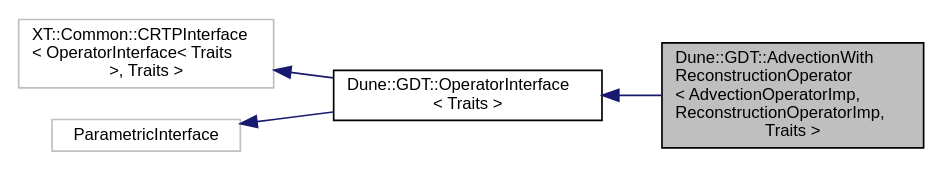
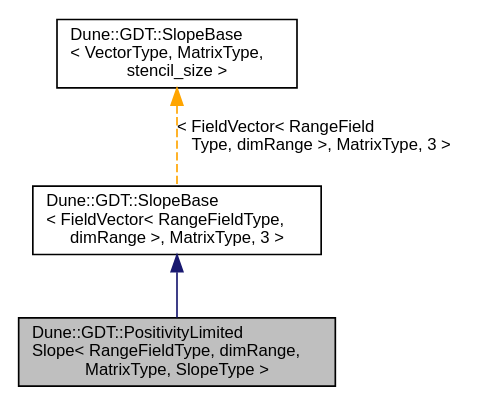
The diagram in docs/dune-gdt/''/a02084.dot (dune-community/dune-community.github.io), drawn with Graphviz before and after one commit. The commit also changed 2591 other files, not shown here.

Commit message:
Updated documentation for dune-gdt ''

```diff
--- a/docs/dune-gdt/''/a02084.dot
+++ b/docs/dune-gdt/''/a02084.dot
@@ -1,13 +1,10 @@
-digraph "Dune::GDT::AdvectionWithReconstructionOperator&lt; AdvectionOperatorImp, ReconstructionOperatorImp, Traits &gt;"
+digraph "Dune::GDT::PositivityLimitedSlope&lt; RangeFieldType, dimRange, MatrixType, SlopeType &gt;"
 {
   edge [fontname="Helvetica",fontsize="10",labelfontname="Helvetica",labelfontsize="10"];
   node [fontname="Helvetica",fontsize="10",shape=record];
-  rankdir="LR";
-  Node0 [label="Dune::GDT::AdvectionWith\lReconstructionOperator\l\< AdvectionOperatorImp,\l ReconstructionOperatorImp,\l Traits \>",height=0.2,width=0.4,color="black", fillcolor="grey75", style="filled", fontcolor="black"];
+  Node0 [label="Dune::GDT::PositivityLimited\lSlope\< RangeFieldType, dimRange,\l MatrixType, SlopeType \>",height=0.2,width=0.4,color="black", fillcolor="grey75", style="filled", fontcolor="black"];
   Node1 -> Node0 [dir="back",color="midnightblue",fontsize="10",style="solid",fontname="Helvetica"];
-  Node1 [label="Dune::GDT::OperatorInterface\l\< Traits \>",height=0.2,width=0.4,color="black", fillcolor="white", style="filled",URL="$a02113.html"];
-  Node2 -> Node1 [dir="back",color="midnightblue",fontsize="10",style="solid",fontname="Helvetica"];
-  Node2 [label="XT::Common::CRTPInterface\l\< OperatorInterface\< Traits\l \>, Traits \>",height=0.2,width=0.4,color="grey75", fillcolor="white", style="filled"];
-  Node3 -> Node1 [dir="back",color="midnightblue",fontsize="10",style="solid",fontname="Helvetica"];
-  Node3 [label="ParametricInterface",height=0.2,width=0.4,color="grey75", fillcolor="white", style="filled"];
+  Node1 [label="Dune::GDT::SlopeBase\l\< FieldVector\< RangeFieldType,\l dimRange \>, MatrixType, 3 \>",height=0.2,width=0.4,color="black", fillcolor="white", style="filled",URL="$a02053.html"];
+  Node2 -> Node1 [dir="back",color="orange",fontsize="10",style="dashed",label=" \< FieldVector\< RangeField\lType, dimRange \>, MatrixType, 3 \>" ,fontname="Helvetica"];
+  Node2 [label="Dune::GDT::SlopeBase\l\< VectorType, MatrixType,\l stencil_size \>",height=0.2,width=0.4,color="black", fillcolor="white", style="filled",URL="$a02053.html"];
 }
```
